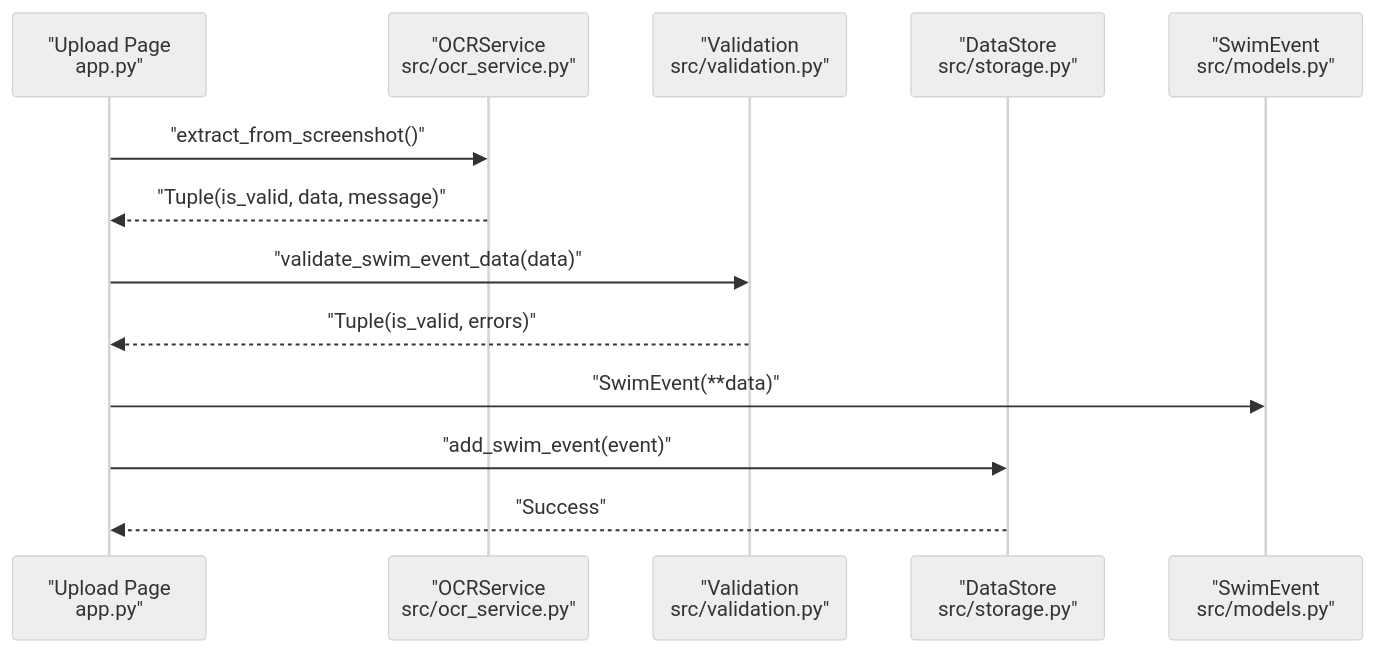
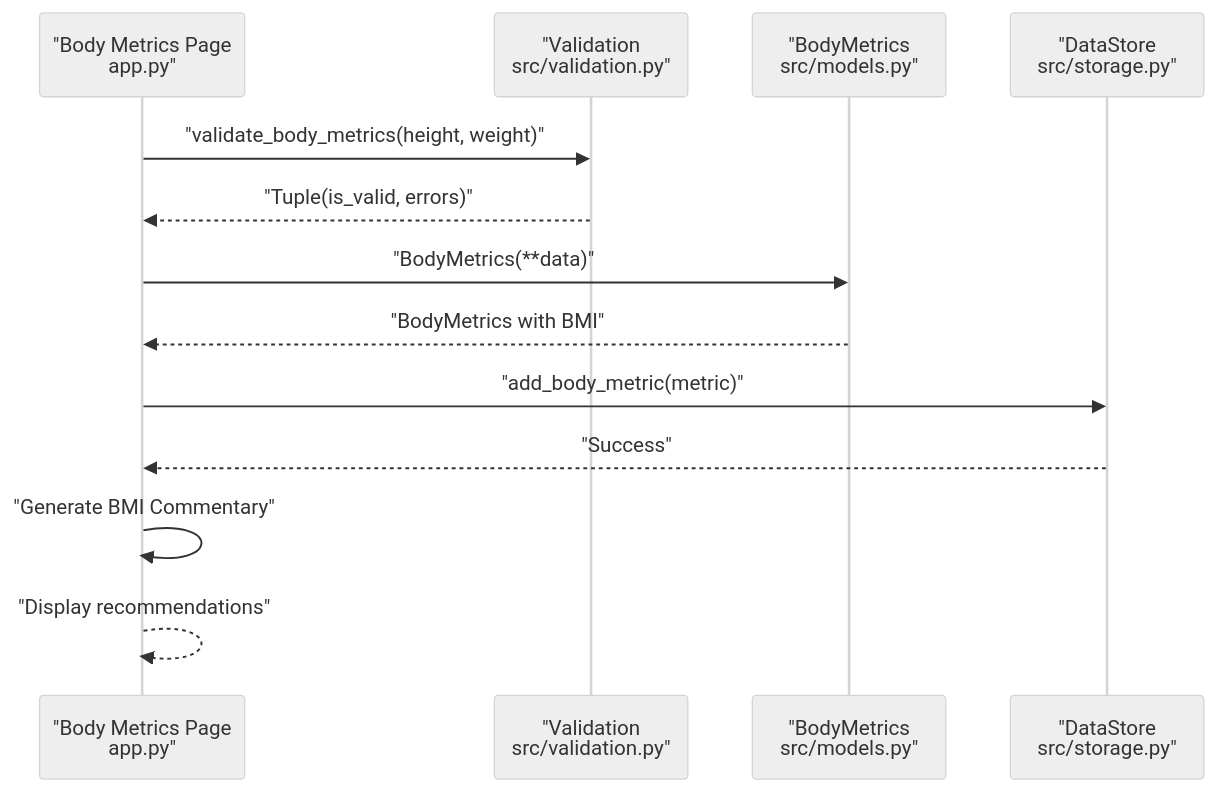
The seventh of 8 diagrams in .qoder/repowiki/en/content/Data Models/Data Models.md (Johnny22056/SwimingStatus), drawn with Mermaid (neutral theme) before and after one commit. The commit also changed other lines of this file and 5 other files, not shown here.

````diff
--- a/.qoder/repowiki/en/content/Data Models/Data Models.md
+++ b/.qoder/repowiki/en/content/Data Models/Data Models.md
@@ -401,15 +443,15 @@
 ```mermaid
 sequenceDiagram
-participant UI as "Upload Page<br/>app.py"
-participant OCR as "OCRService<br/>src/ocr_service.py"
+participant UI as "Body Metrics Page<br/>app.py"
 participant VAL as "Validation<br/>src/validation.py"
+participant MOD as "BodyMetrics<br/>src/models.py"
 participant DS as "DataStore<br/>src/storage.py"
-participant MOD as "SwimEvent<br/>src/models.py"
-UI->>OCR : "extract_from_screenshot()"
-OCR-->>UI : "Tuple(is_valid, data, message)"
-UI->>VAL : "validate_swim_event_data(data)"
+UI->>VAL : "validate_body_metrics(height, weight)"
 VAL-->>UI : "Tuple(is_valid, errors)"
-UI->>MOD : "SwimEvent(**data)"
-UI->>DS : "add_swim_event(event)"
+UI->>MOD : "BodyMetrics(**data)"
+MOD-->>UI : "BodyMetrics with BMI"
+UI->>DS : "add_body_metric(metric)"
 DS-->>UI : "Success"
+UI->>UI : "Generate BMI Commentary"
+UI-->>UI : "Display recommendations"
 ```
````
